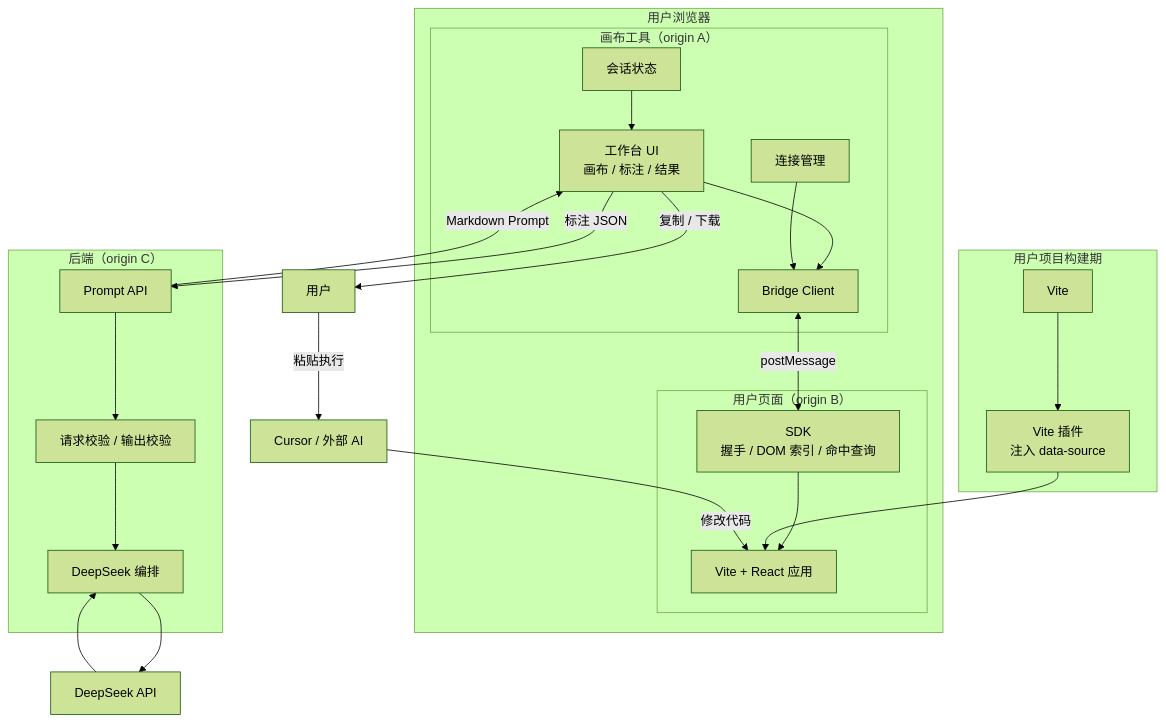
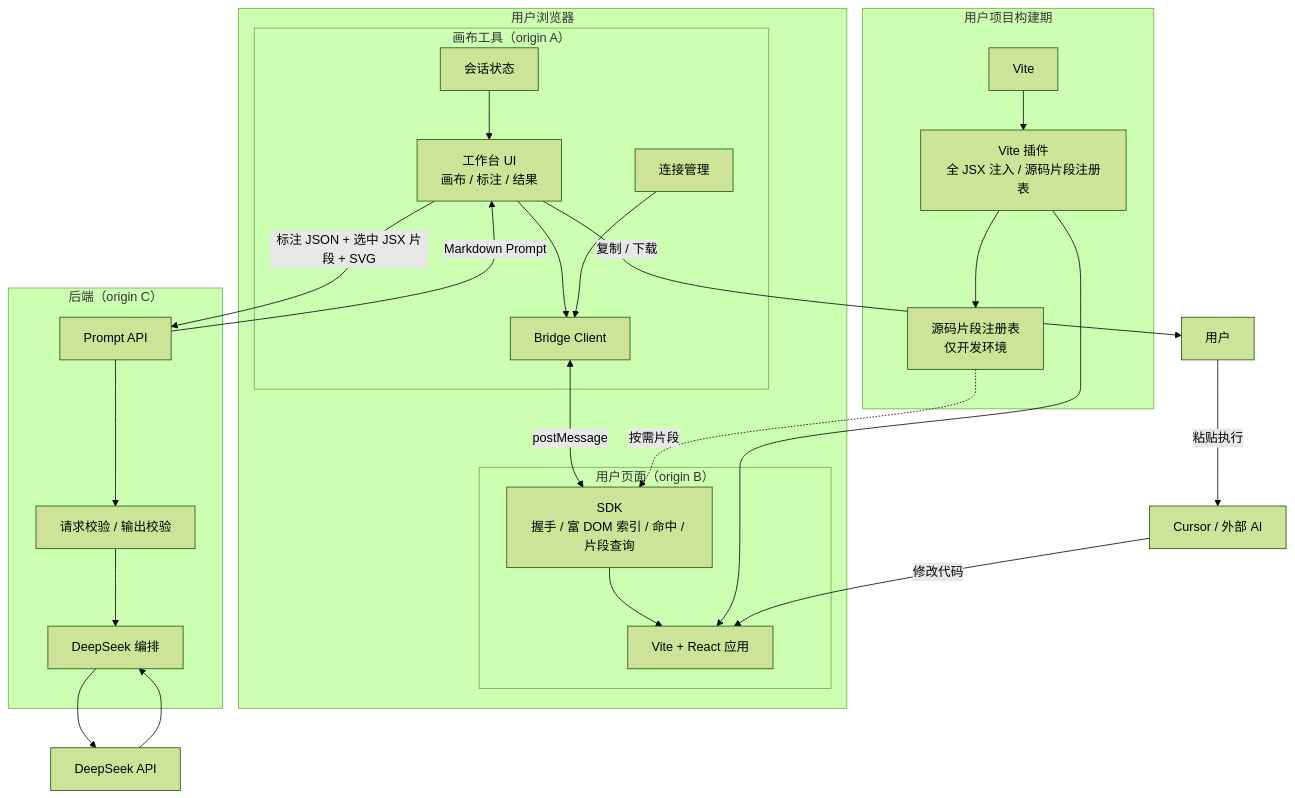
Before and after one commit to Cai199999/vibe-app: the first of 8 diagrams in docs/design/02.整体架构设计.md, drawn with Mermaid (forest theme). The commit also changed other lines of this file, not shown here.

````diff
--- a/docs/design/02.整体架构设计.md
+++ b/docs/design/02.整体架构设计.md
@@ -47,43 +55,46 @@
 ```mermaid
 flowchart TB
     subgraph UserBrowser["用户浏览器"]
         subgraph Host["画布工具（origin A）"]
             UI["工作台 UI<br/>画布 / 标注 / 结果"]
             CONN["连接管理"]
             BRIDGE["Bridge Client"]
             STATE["会话状态"]
         end
 
         subgraph Frame["用户页面（origin B）"]
             APP["Vite + React 应用"]
-            SDK["SDK<br/>握手 / DOM 索引 / 命中查询"]
+            SDK["SDK<br/>握手 / 富 DOM 索引 / 命中 / 片段查询"]
         end
 
         UI --> BRIDGE
         CONN --> BRIDGE
         STATE --> UI
         BRIDGE <-->|"postMessage"| SDK
         SDK --> APP
     end
 
     subgraph Service["后端（origin C）"]
         API["Prompt API"]
         VALID["请求校验 / 输出校验"]
         ORCH["DeepSeek 编排"]
         API --> VALID --> ORCH
     end
 
     subgraph Build["用户项目构建期"]
         VITE["Vite"]
-        PLUGIN["Vite 插件<br/>注入 data-source"]
+        PLUGIN["Vite 插件<br/>全 JSX 注入 / 源码片段注册表"]
+        REG["源码片段注册表<br/>仅开发环境"]
         VITE --> PLUGIN --> APP
+        PLUGIN --> REG
+        REG -.->|"按需片段"| SDK
     end
 
-    UI -->|"标注 JSON"| API
+    UI -->|"标注 JSON + 选中 JSX 片段 + SVG"| API
     ORCH --> DS["DeepSeek API"]
     DS --> ORCH
     API -->|"Markdown Prompt"| UI
     UI -->|"复制 / 下载"| USER["用户"]
     USER -->|"粘贴执行"| CURSOR["Cursor / 外部 AI"]
     CURSOR -->|"修改代码"| APP
 ```
````
